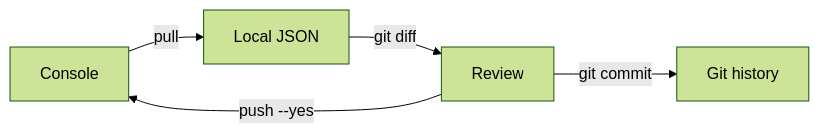
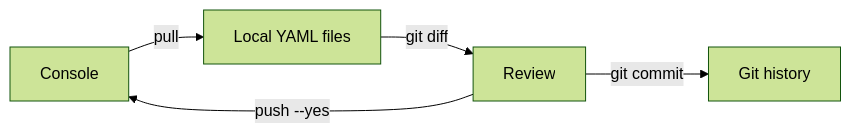
One commit to dannyota/s1ctl changed the first of 2 diagrams in docs/guides/exclusions.md. Above: the diagram before and after it, drawn with Mermaid (forest theme). The commit also changed other lines of this file and 27 other files, not shown here.

````diff
--- a/docs/guides/exclusions.md
+++ b/docs/guides/exclusions.md
@@ -8,7 +8,7 @@
 ```mermaid
 flowchart LR
-    A[Console] -->|pull| B[Local JSON]
+    A[Console] -->|pull| B[Local YAML files]
     B -->|git diff| C[Review]
     C -->|push --yes| A
     C -->|git commit| D[Git history]
 ```
````
